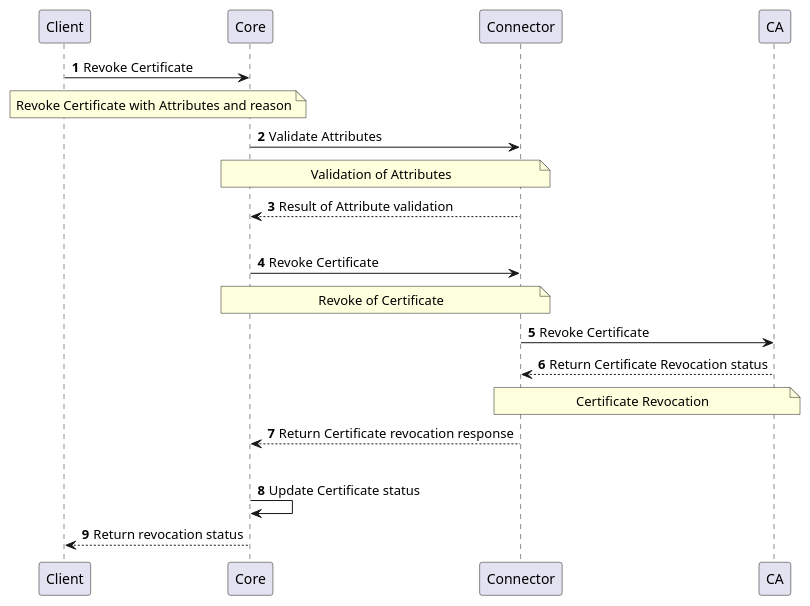
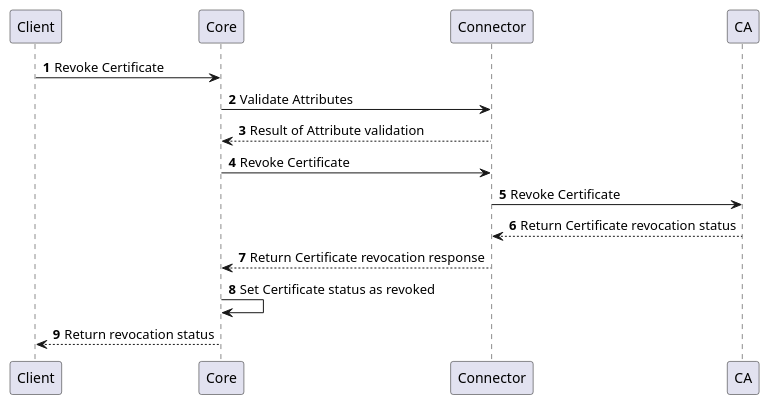
Before and after one commit to CZERTAINLY/CZERTAINLY-Documentation: the seventh of 7 diagrams in docs/12-connectors/05-description/25-authority-provider-v2.md, drawn with PlantUML. The commit also changed other lines of this file and 8 other files, not shown here.

First line of the commit message:
Update description of plantuml diagrams on the providers

````diff
--- a/docs/12-connectors/05-description/25-authority-provider-v2.md
+++ b/docs/12-connectors/05-description/25-authority-provider-v2.md
@@ -166,21 +135,15 @@
 ```plantuml
     @startuml
     autonumber
     skinparam topurl https://docs.czertainly.com/api/
         Client -> Core [[core-client-operations/#tag/v2-Client-Operations-API/operation/revokeCertificate]]: Revoke Certificate
-        note over Client,Core: Revoke Certificate with Attributes and reason
         Core -> Connector [[connector-authority-provider-v2/#tag/Certificate-Management-API/operation/validateRevokeCertificateAttributes]]: Validate Attributes
-        note over Core,Connector: Validation of Attributes
         Connector --> Core: Result of Attribute validation
-        |||
         Core -> Connector [[connector-authority-provider-v2/#tag/Certificate-Management-API/operation/revokeCertificate]]: Revoke Certificate
-        note over Core,Connector: Revoke of Certificate
         Connector -> CA: Revoke Certificate
-        CA --> Connector: Return Certificate Revocation status
-        note over Connector,CA: Certificate Revocation
+        CA --> Connector: Return Certificate revocation status
         Connector --> Core: Return Certificate revocation response
-        |||
-        Core -> Core : Update Certificate status
+        Core -> Core : Set Certificate status as revoked
         Core --> Client: Return revocation status
     @enduml
 ```
````
